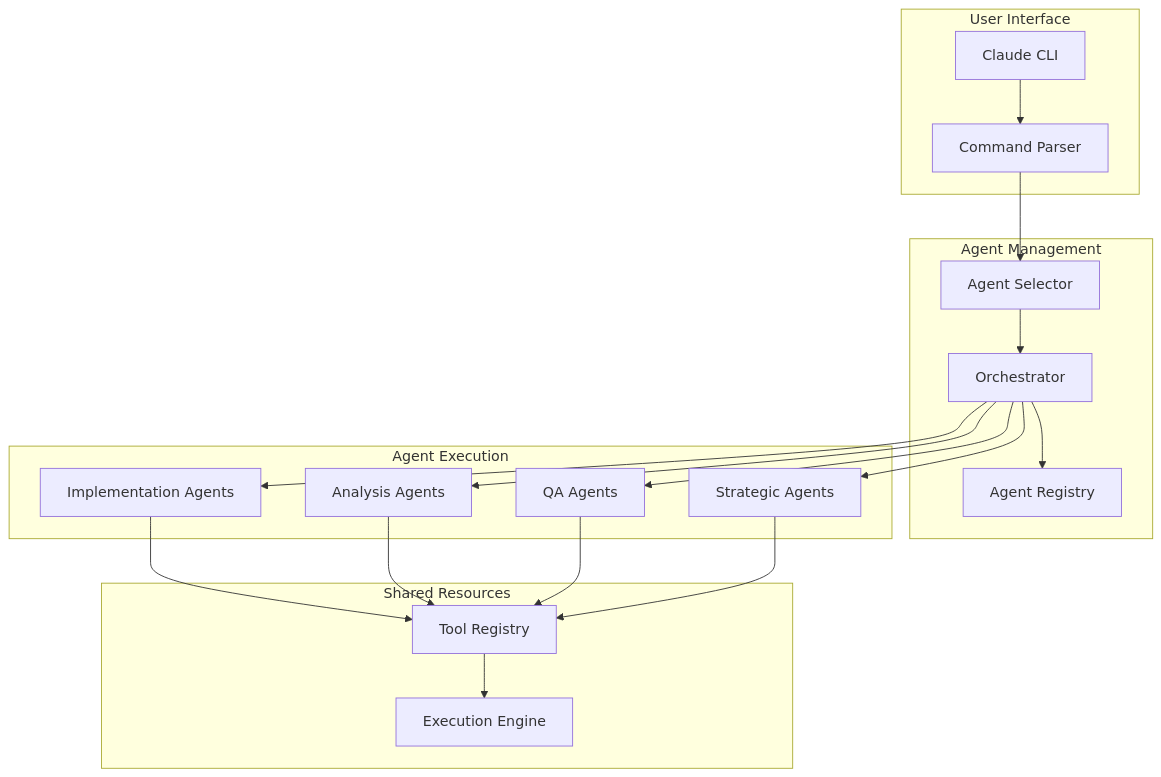
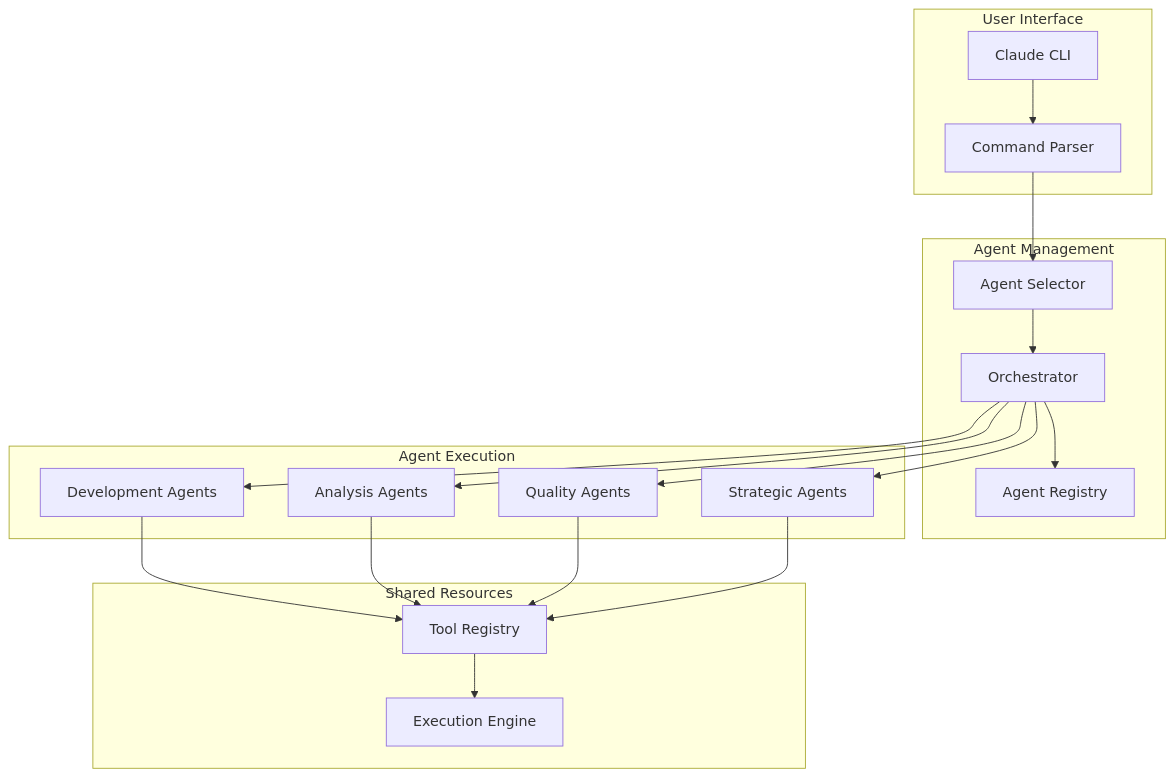
One commit to damilola-elegbede/claude-config changed the diagram in docs/specs/agent-ecosystem-spec.md. Above: the diagram before and after it, drawn with Mermaid. The commit also changed other lines of this file and 6 other files, not shown here.

````diff
--- a/docs/specs/agent-ecosystem-spec.md
+++ b/docs/specs/agent-ecosystem-spec.md
@@ -106,27 +71,27 @@
 ```mermaid
 graph TD
     subgraph "User Interface"
         A[Claude CLI] --> B[Command Parser]
     end
     
     subgraph "Agent Management"
         B --> C[Agent Selector]
         C --> D[Orchestrator]
         D --> E[Agent Registry]
     end
     
     subgraph "Agent Execution"
-        D --> F[Implementation Agents]
+        D --> F[Development Agents]
         D --> G[Analysis Agents]
-        D --> H[QA Agents]
+        D --> H[Quality Agents]
         D --> I[Strategic Agents]
     end
     
     subgraph "Shared Resources"
         F --> J[Tool Registry]
         G --> J
         H --> J
         I --> J
         J --> K[Execution Engine]
     end
 ```
````
